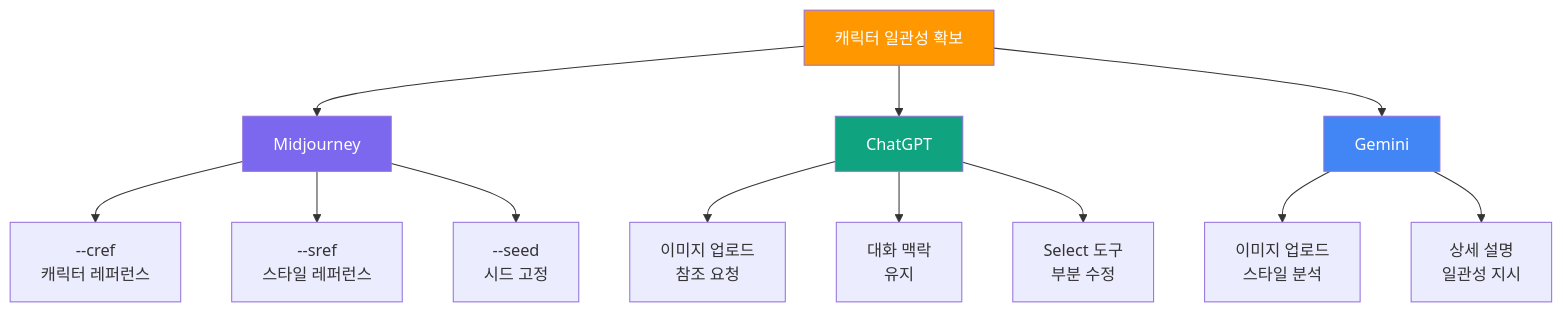
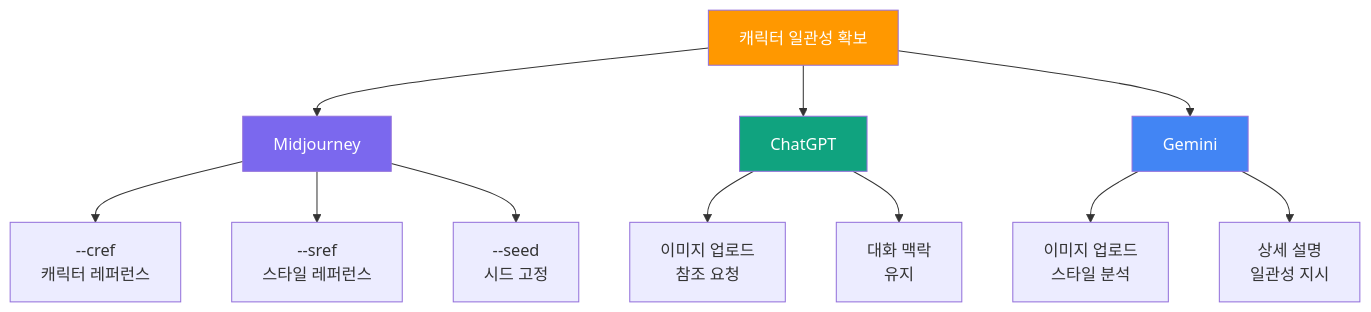
Before and after one commit to jsonpassion/forge-tutorial-promptcanvas: the third of 3 diagrams in 08-ch8-캐릭터브랜드-스타일-일관성-유지/01-01-캐릭터-일관성의-도전과-전략.md, drawn with Mermaid. The commit also changed other lines of this file and 63 other files, not shown here.

````diff
--- a/08-ch8-캐릭터브랜드-스타일-일관성-유지/01-01-캐릭터-일관성의-도전과-전략.md
+++ b/08-ch8-캐릭터브랜드-스타일-일관성-유지/01-01-캐릭터-일관성의-도전과-전략.md
@@ -174,22 +113,21 @@
 ```mermaid
 flowchart TD
     Goal["캐릭터 일관성 확보"] --> MJ["Midjourney"]
     Goal --> GPT["ChatGPT"]
     Goal --> GM["Gemini"]
 
     MJ --> CREF["--cref<br/>캐릭터 레퍼런스"]
     MJ --> SREF["--sref<br/>스타일 레퍼런스"]
     MJ --> SEED["--seed<br/>시드 고정"]
-    
+
     GPT --> UPLOAD["이미지 업로드<br/>참조 요청"]
     GPT --> CONTEXT["대화 맥락<br/>유지"]
-    GPT --> SELECT["Select 도구<br/>부분 수정"]
-    
+
     GM --> GUPLOAD["이미지 업로드<br/>스타일 분석"]
     GM --> GDESC["상세 설명<br/>일관성 지시"]
 
     style Goal fill:#FF9800,color:#fff
     style MJ fill:#7B68EE,color:#fff
     style GPT fill:#10A37F,color:#fff
     style GM fill:#4285F4,color:#fff
 ```
````
